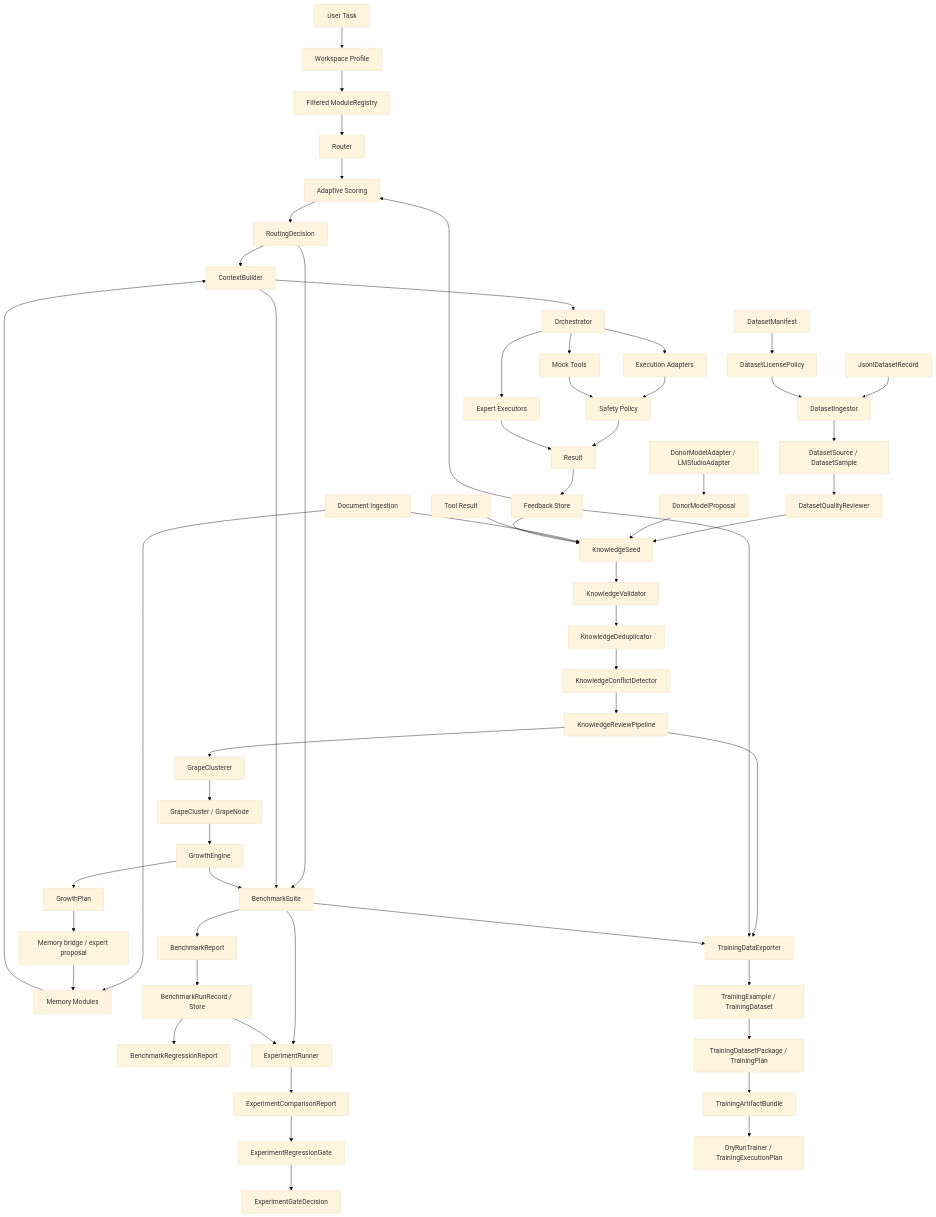
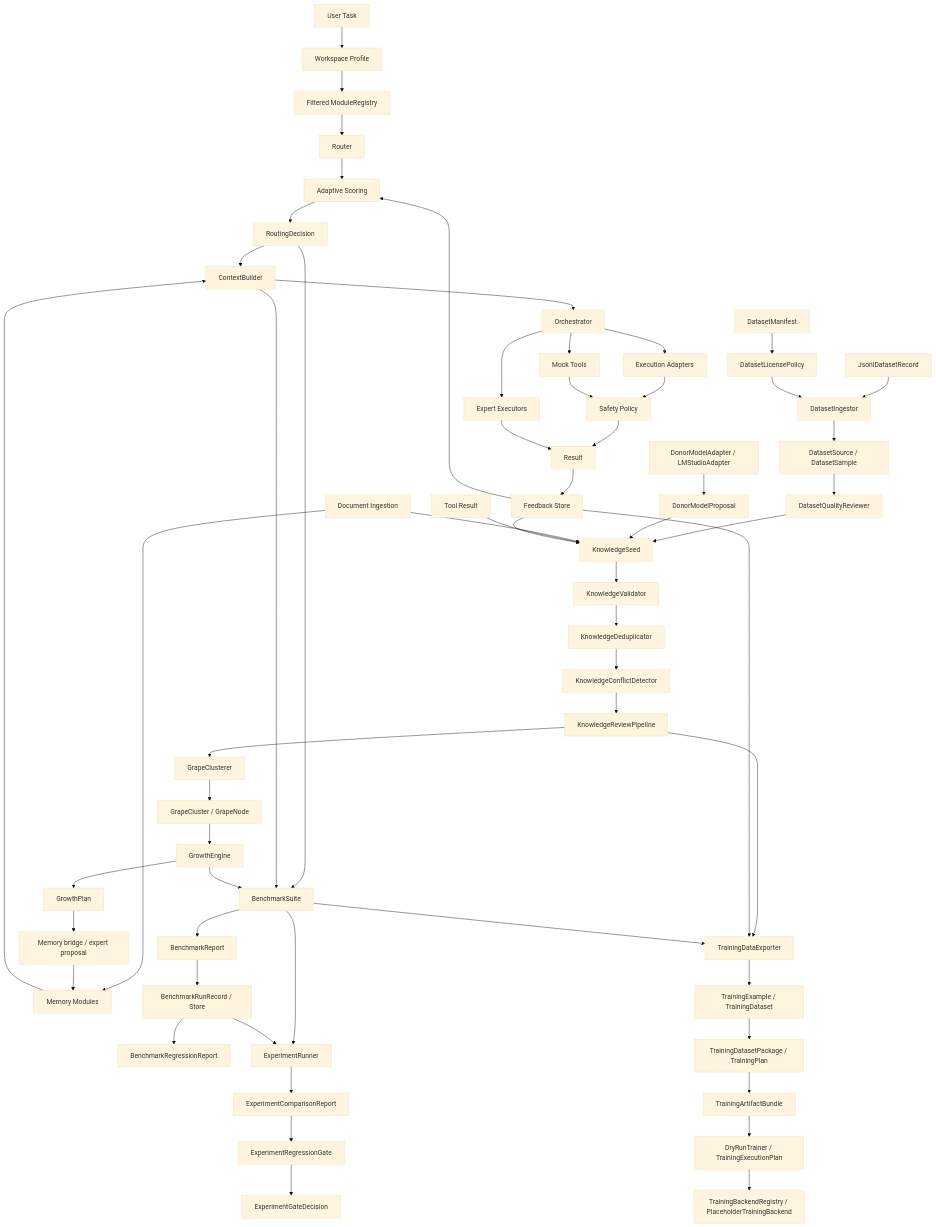
The diagram in docs/architecture.md (Robotyaga/Grona), drawn with Mermaid (base theme) before and after one commit. The commit also changed other lines of this file and 12 other files, not shown here.

First line of the commit message:
Add optional training backend interface and plugin boundary

````diff
--- a/docs/architecture.md
+++ b/docs/architecture.md
@@ -22,60 +23,61 @@
 ```mermaid
 flowchart TD
     A[User Task] --> B[Workspace Profile]
     B --> C[Filtered ModuleRegistry]
     C --> D[Router]
     F[Feedback Store] --> E[Adaptive Scoring]
     D --> E
     E --> G[RoutingDecision]
     H[Memory Modules] --> I[ContextBuilder]
     J[Document Ingestion] --> H
     MF[DatasetManifest] --> LP[DatasetLicensePolicy]
     JL[JsonlDatasetRecord] --> DI[DatasetIngestor]
     LP --> DI
     DI --> DS[DatasetSource / DatasetSample]
     DS --> DR[DatasetQualityReviewer]
     DR --> Q[KnowledgeSeed]
     DM[DonorModelAdapter / LMStudioAdapter] --> DP[DonorModelProposal]
     DP --> Q
     J --> Q
     R[Tool Result] --> Q
     F --> Q
     Q --> S[KnowledgeValidator]
     S --> U[KnowledgeDeduplicator]
     U --> V[KnowledgeConflictDetector]
     V --> W[KnowledgeReviewPipeline]
     W --> X[GrapeClusterer]
     X --> Y[GrapeCluster / GrapeNode]
     Y --> Z[GrowthEngine]
     Z --> AA[GrowthPlan]
     AA --> AB[Memory bridge / expert proposal]
     AB --> H
     G --> I
     I --> K[Orchestrator]
     K --> L[Expert Executors]
     K --> M[Execution Adapters]
     K --> N[Mock Tools]
     M --> O[Safety Policy]
     N --> O
     O --> P[Result]
     L --> P
     P --> F
     G --> BS[BenchmarkSuite]
     I --> BS
     Z --> BS
     BS --> BR[BenchmarkReport]
     BR --> BRS[BenchmarkRunRecord / Store]
     BRS --> REG[BenchmarkRegressionReport]
     BS --> ER[ExperimentRunner]
     BRS --> ER
     ER --> EC[ExperimentComparisonReport]
     EC --> EG[ExperimentRegressionGate]
     EG --> ED[ExperimentGateDecision]
     W --> TD[TrainingDataExporter]
     F --> TD
     BS --> TD
     TD --> TE[TrainingExample / TrainingDataset]
     TE --> TP[TrainingDatasetPackage / TrainingPlan]
     TP --> TA[TrainingArtifactBundle]
     TA --> DRY[DryRunTrainer / TrainingExecutionPlan]
+    DRY --> TB[TrainingBackendRegistry / PlaceholderTrainingBackend]
 ```
````
